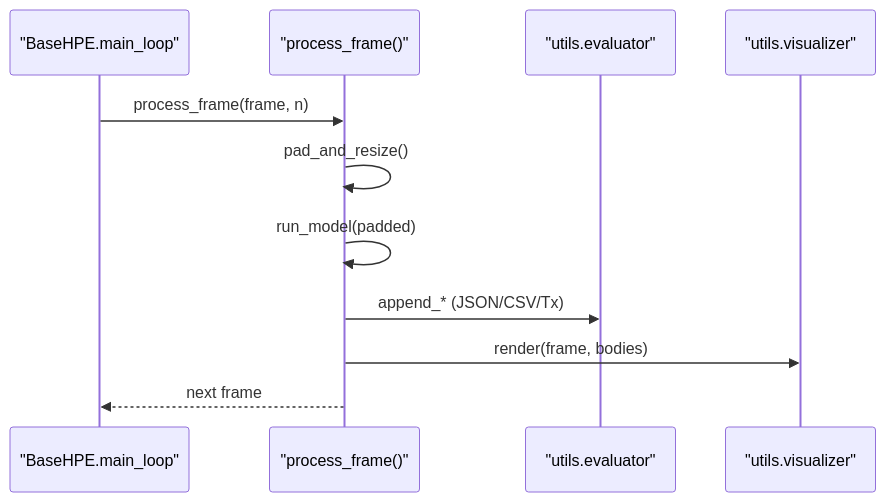
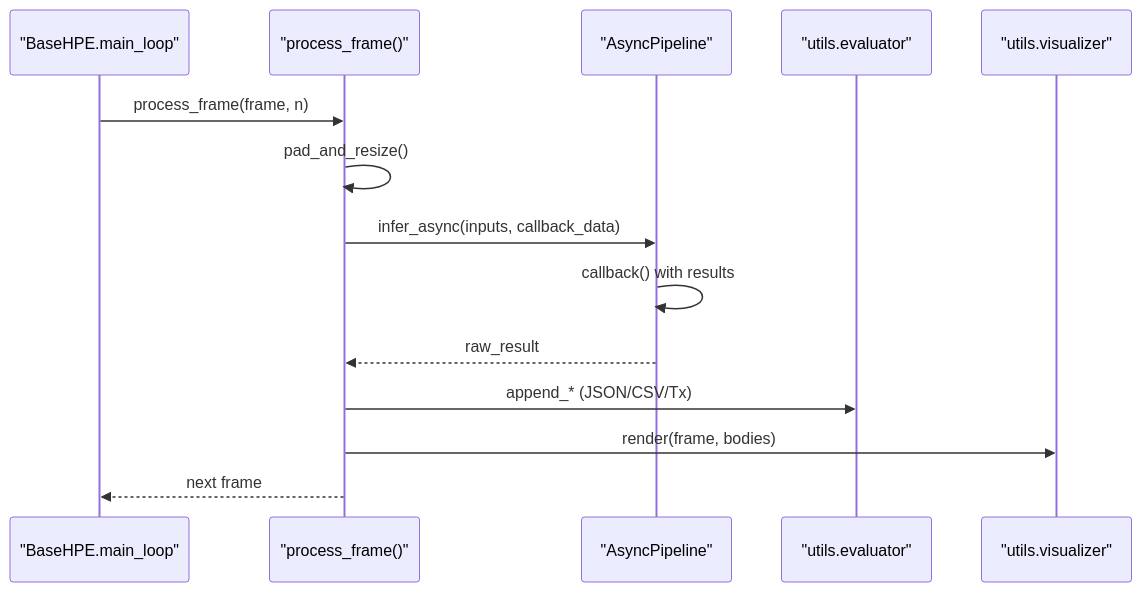
The ninth of 10 diagrams in .qoder/repowiki/en/content/Performance Optimization/Model Optimization.md (Fogus-Gr/MeasurementsDTs), drawn with Mermaid before and after one commit. The commit also changed other lines of this file and 14 other files, not shown here.

````diff
--- a/.qoder/repowiki/en/content/Performance Optimization/Model Optimization.md
+++ b/.qoder/repowiki/en/content/Performance Optimization/Model Optimization.md
@@ -318,13 +405,16 @@
 ```mermaid
 sequenceDiagram
 participant BL as "BaseHPE.main_loop"
 participant Proc as "process_frame()"
+participant Async as "AsyncPipeline"
 participant Eval as "utils.evaluator"
 participant Vis as "utils.visualizer"
 BL->>Proc : process_frame(frame, n)
 Proc->>Proc : pad_and_resize()
-Proc->>Proc : run_model(padded)
+Proc->>Async : infer_async(inputs, callback_data)
+Async->>Async : callback() with results
+Async-->>Proc : raw_result
 Proc->>Eval : append_* (JSON/CSV/Tx)
 Proc->>Vis : render(frame, bodies)
 Proc-->>BL : next frame
 ```
````
